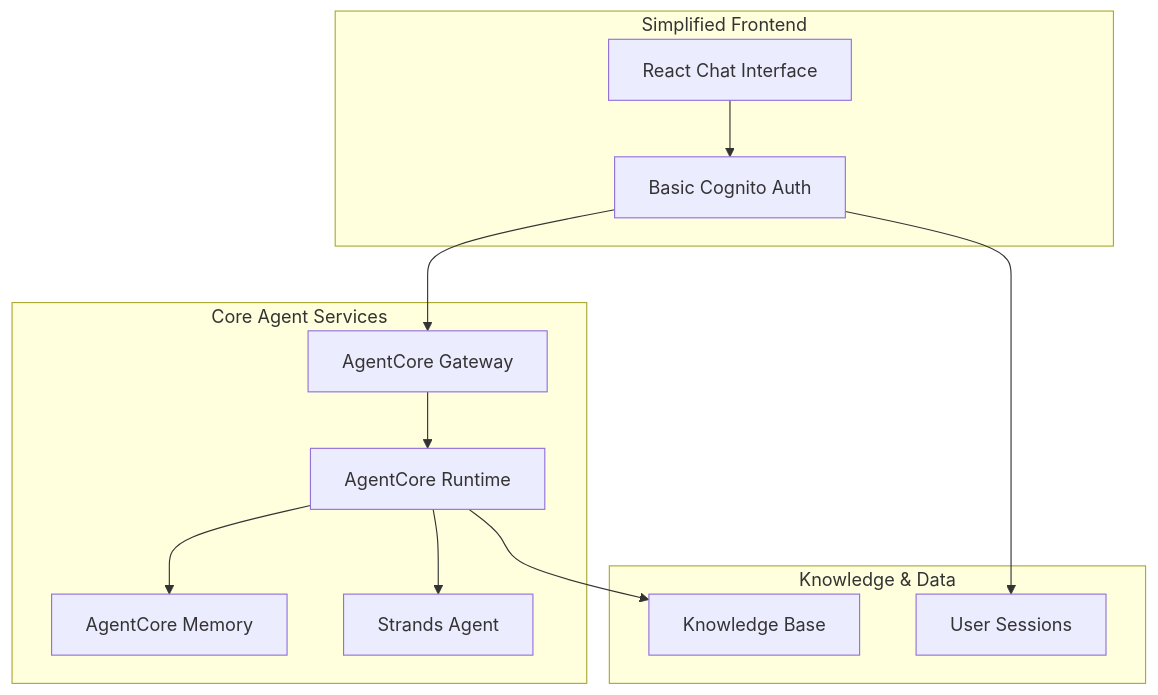
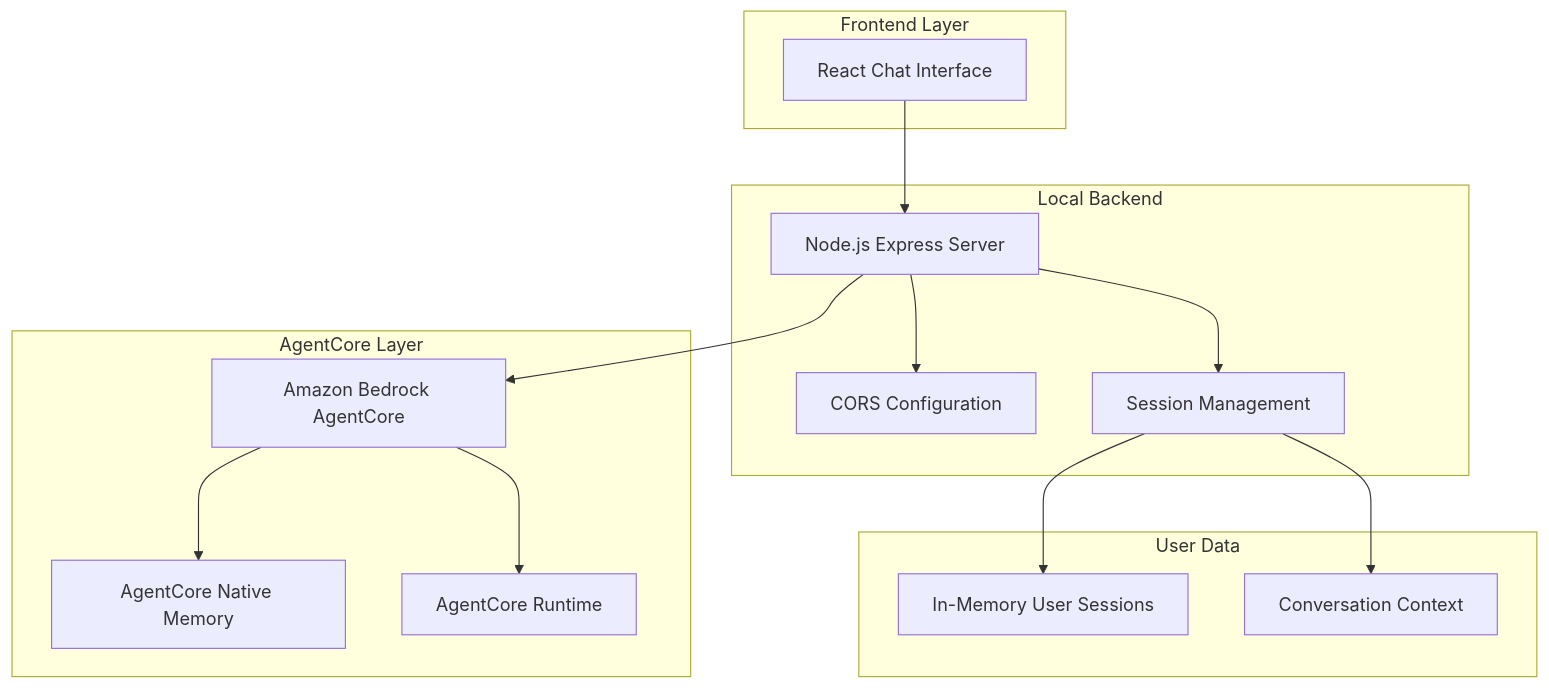
The diagram in .kiro/specs/devops-knowledgeops-agent/design.md (Jasai007/DevOps-KnowledgeOps), drawn with Mermaid before and after one commit. The commit also changed other lines of this file and 169 other files, not shown here.

````diff
--- a/.kiro/specs/devops-knowledgeops-agent/design.md
+++ b/.kiro/specs/devops-knowledgeops-agent/design.md
@@ -859,27 +11,32 @@
 ```mermaid
 graph TB
-    subgraph "Simplified Frontend"
+    subgraph "Frontend Layer"
         UI[React Chat Interface]
-        AUTH[Basic Cognito Auth]
     end
     
-    subgraph "Core Agent Services"
-        GATEWAY[AgentCore Gateway]
-        AGENT[AgentCore Runtime]
-        MEMORY[AgentCore Memory]
-        STRANDS[Strands Agent]
+    subgraph "Local Backend"
+        SERVER[Node.js Express Server]
+        CORS[CORS Configuration]
+        SESSION[Session Management]
     end
     
-    subgraph "Knowledge & Data"
-        KB[Knowledge Base]
-        SESSIONS[User Sessions]
+    subgraph "AgentCore Layer"
+        AGENTCORE[Amazon Bedrock AgentCore]
+        MEMORY[AgentCore Native Memory]
+        RUNTIME[AgentCore Runtime]
     end
     
-    UI --> AUTH
-    AUTH --> GATEWAY
-    GATEWAY --> AGENT
-    AGENT --> MEMORY
-    AGENT --> STRANDS
-    AGENT --> KB
-    AUTH --> SESSIONS
+    subgraph "User Data"
+        SESSIONS[In-Memory User Sessions]
+        CONTEXT[Conversation Context]
+    end
+    
+    UI --> SERVER
+    SERVER --> CORS
+    SERVER --> SESSION
+    SERVER --> AGENTCORE
+    AGENTCORE --> MEMORY
+    AGENTCORE --> RUNTIME
+    SESSION --> SESSIONS
+    SESSION --> CONTEXT
 ```
````
